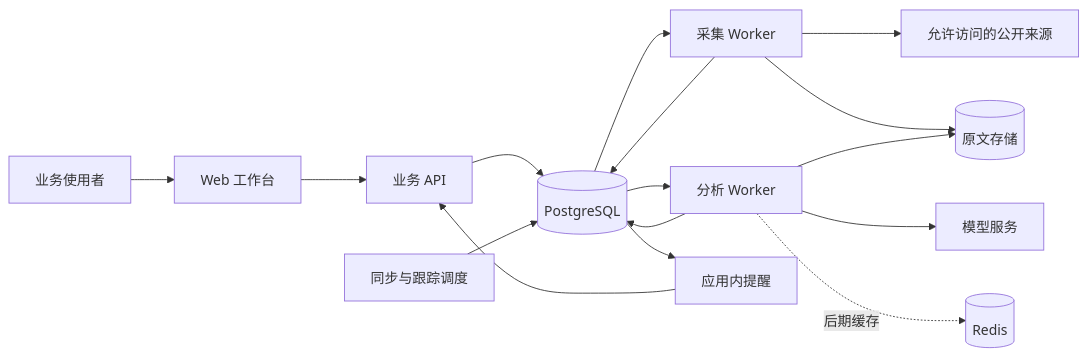
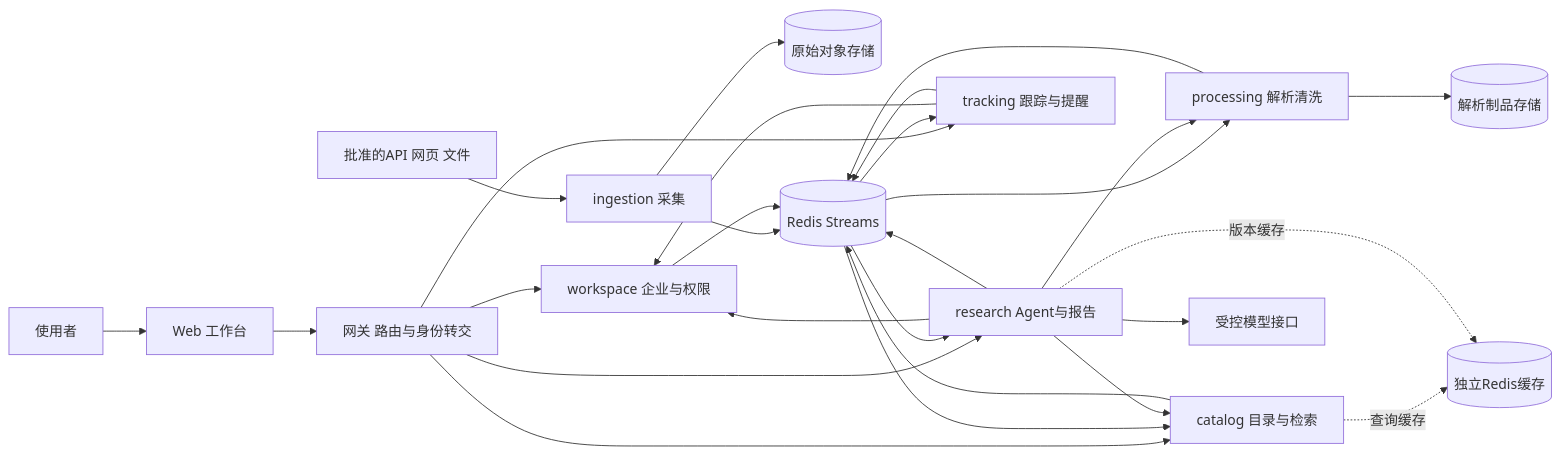
The diagram in docs/04-system-architecture.md (chasen2041maker/BidRadar), drawn with Mermaid before and after one commit. The commit also changed other lines of this file and 17 other files, not shown here.

First line of the commit message:
docs: revise BidRadar v0.2 for microservices, early Redis/K8s and multi-source data

````diff
--- a/docs/04-system-architecture.md
+++ b/docs/04-system-architecture.md
@@ -18,18 +13,29 @@
 ```mermaid
 flowchart LR
-    User[业务使用者] --> Web[Web 工作台]
-    Web --> API[业务 API]
-    API --> PG[(PostgreSQL)]
-    Scheduler[同步与跟踪调度] --> PG
-    PG --> Ingest[采集 Worker]
-    PG --> Analysis[分析 Worker]
-    Ingest --> Source[允许访问的公开来源]
-    Ingest --> Files[(原文存储)]
-    Ingest --> PG
-    Analysis --> Files
-    Analysis --> LLM[模型服务]
-    Analysis --> PG
-    Analysis -.后期缓存.-> Redis[(Redis)]
-    PG --> Notices[应用内提醒]
-    Notices --> API
+    U[使用者] --> W[Web 工作台]
+    W --> G[网关 路由与身份转交]
+    G --> WS[workspace 企业与权限]
+    G --> C[catalog 目录与检索]
+    G --> R[research Agent与报告]
+    G --> T[tracking 跟踪与提醒]
+    Sources[批准的API 网页 文件] --> I[ingestion 采集]
+    I --> Raw[(原始对象存储)]
+    I --> Bus[(Redis Streams)]
+    Bus --> P[processing 解析清洗]
+    P --> Derived[(解析制品存储)]
+    P --> Bus
+    Bus --> C
+    Bus --> T
+    Bus --> R
+    R --> C
+    R --> P
+    R --> WS
+    R --> LLM[受控模型接口]
+    T --> WS
+    WS --> Bus
+    C --> Bus
+    R --> Bus
+    T --> Bus
+    C -.查询缓存.-> Cache[(独立Redis缓存)]
+    R -.版本缓存.-> Cache
 ```
````
